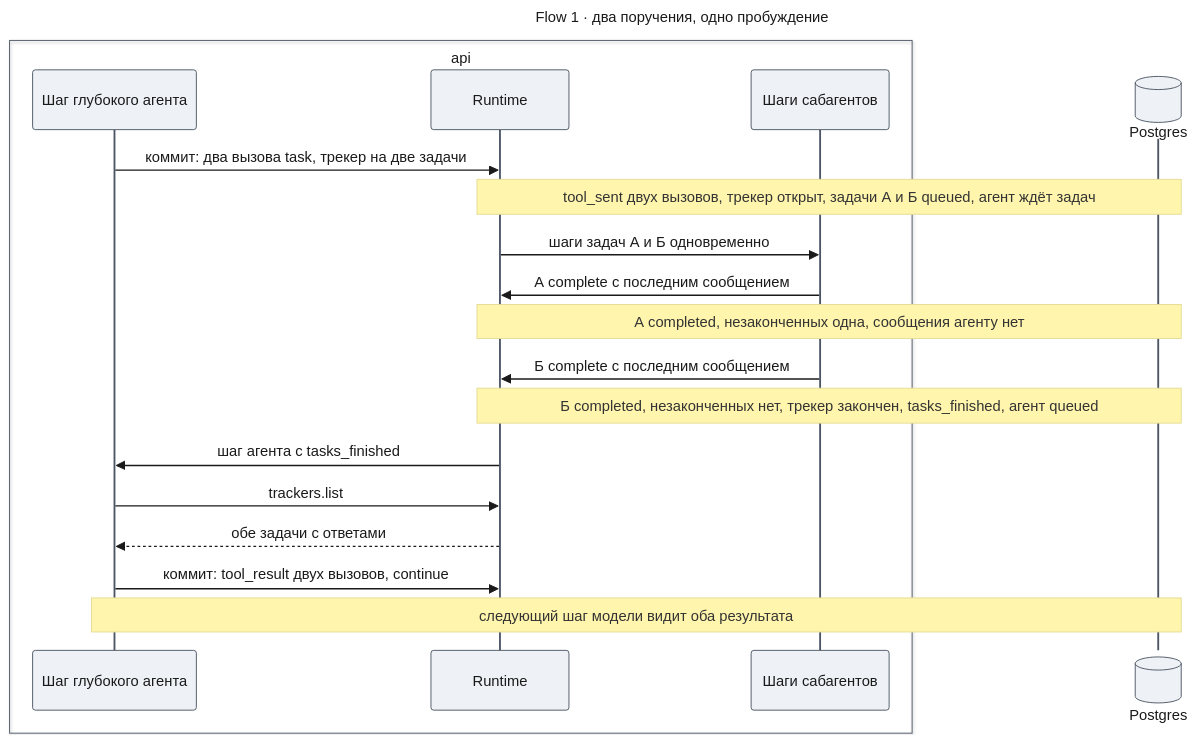
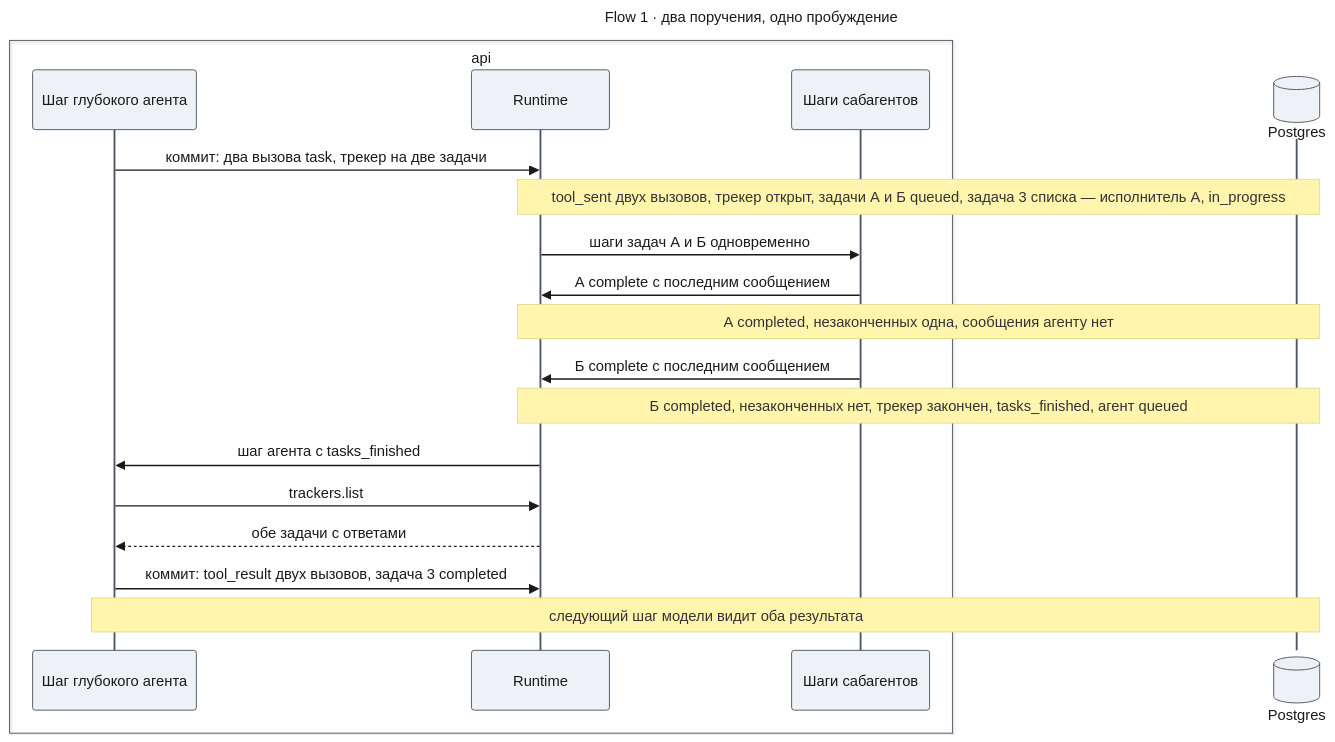
Before and after one commit to tundraray/agent-os: the second of 3 diagrams in docs/features/deep-agents/design-task.md, drawn with Mermaid. The commit also changed other lines of this file and 7 other files, not shown here.

Commit message:
docs(deep-agents): reduce the part designs and ADR-0021 to the target architecture

````diff
--- a/docs/features/deep-agents/design-task.md
+++ b/docs/features/deep-agents/design-task.md
@@ -202,43 +209,43 @@
 ```mermaid
 ---
 title: "Flow 1 · два поручения, одно пробуждение"
 config:
   theme: base
   look: classic
   themeVariables:
     primaryColor: "#eef1f5"
     primaryBorderColor: "#4b5563"
     primaryTextColor: "#1a1a1a"
     lineColor: "#6b7280"
   themeCSS: |
     @keyframes lit_f1t{0%,11.25%{stroke:#991b1b;stroke-width:6px}12.5%,100%{stroke:#37474f;stroke-width:2px}}
     @keyframes litr_f1t{0%,11.25%{stroke:#1d4ed8;stroke-width:6px}12.5%,100%{stroke:#37474f;stroke-width:2px}}
     .messageLine0[data-id='i0'],.messageLine1[data-id='i0']{animation:lit_f1t 9.6s linear 0s infinite}
     .messageLine0[data-id='i2'],.messageLine1[data-id='i2']{animation:lit_f1t 9.6s linear 1.2s infinite}
     .messageLine0[data-id='i3'],.messageLine1[data-id='i3']{animation:lit_f1t 9.6s linear 2.4s infinite}
     .messageLine0[data-id='i5'],.messageLine1[data-id='i5']{animation:lit_f1t 9.6s linear 3.6s infinite}
     .messageLine0[data-id='i7'],.messageLine1[data-id='i7']{animation:lit_f1t 9.6s linear 4.8s infinite}
     .messageLine0[data-id='i8'],.messageLine1[data-id='i8']{animation:litr_f1t 9.6s linear 6s infinite}
     .messageLine0[data-id='i9'],.messageLine1[data-id='i9']{animation:litr_f1t 9.6s linear 7.2s infinite}
     .messageLine0[data-id='i10'],.messageLine1[data-id='i10']{animation:lit_f1t 9.6s linear 8.4s infinite}
 ---
 sequenceDiagram
     box api
         participant A as Шаг глубокого агента
         participant R as Runtime
         participant S as Шаги сабагентов
     end
     participant DB@{ "type": "database" } as Postgres
     A->>R: коммит: два вызова task, трекер на две задачи
-    Note over R,DB: tool_sent двух вызовов, трекер открыт, задачи А и Б queued, агент ждёт задач
+    Note over R,DB: tool_sent двух вызовов, трекер открыт, задачи А и Б queued, задача 3 списка — исполнитель А, in_progress
     R->>S: шаги задач А и Б одновременно
     S->>R: А complete с последним сообщением
     Note over R,DB: А completed, незаконченных одна, сообщения агенту нет
     S->>R: Б complete с последним сообщением
     Note over R,DB: Б completed, незаконченных нет, трекер закончен, tasks_finished, агент queued
     R->>A: шаг агента с tasks_finished
     A->>R: trackers.list
     R-->>A: обе задачи с ответами
-    A->>R: коммит: tool_result двух вызовов, continue
+    A->>R: коммит: tool_result двух вызовов, задача 3 completed
     Note over A,DB: следующий шаг модели видит оба результата
 ```
````
